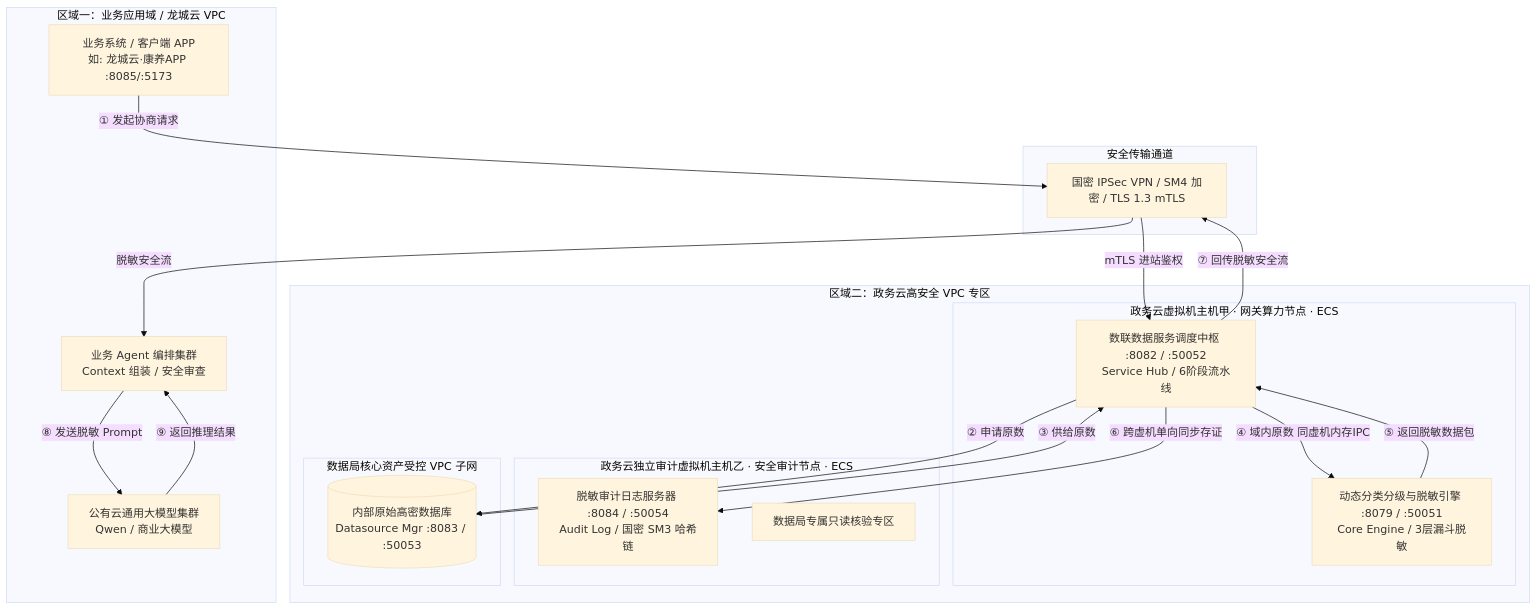
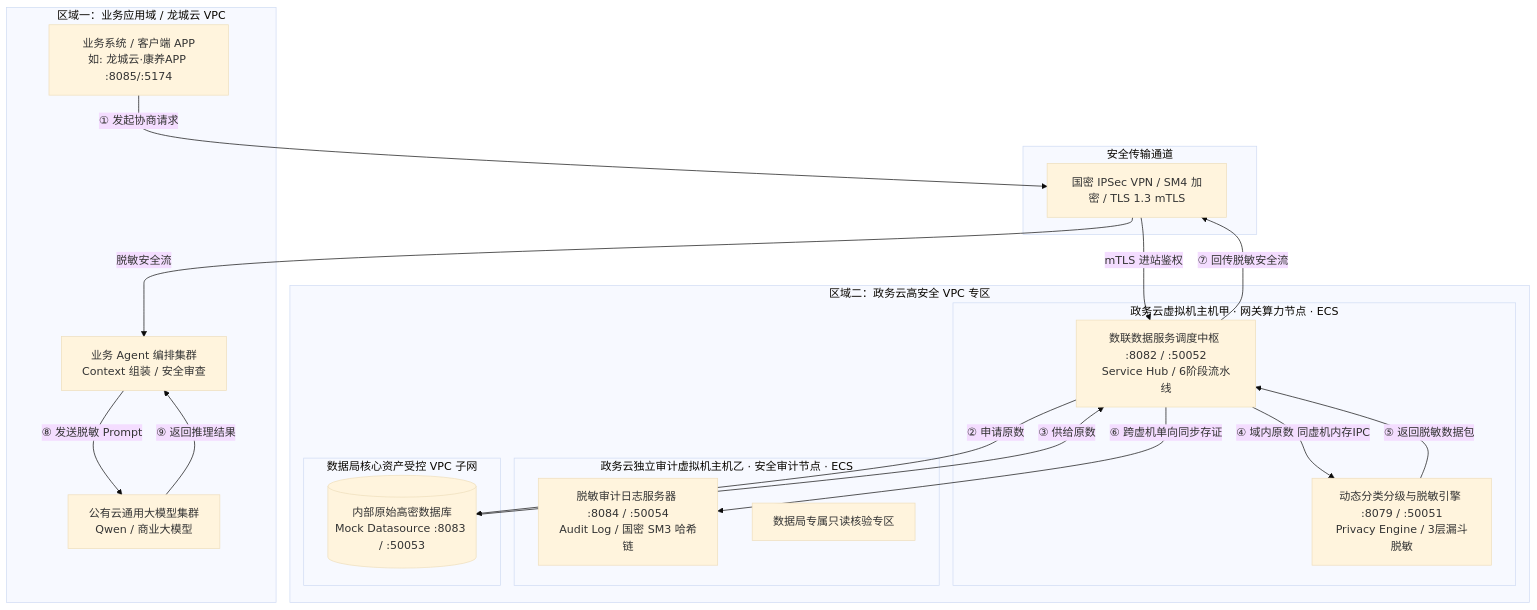
One commit to fengzhizi319/PrivShield-go changed the second of 4 diagrams in docs/architecture/architecture-design.md. Above: the diagram before and after it, drawn with Mermaid (base theme). The commit also changed other lines of this file and 10 other files, not shown here.

Commit message:
docs(architecture): align all architecture documents with v3.0 specification

````diff
--- a/docs/architecture/architecture-design.md
+++ b/docs/architecture/architecture-design.md
@@ -214,40 +204,40 @@
 ```mermaid
 graph TD
     subgraph ZoneA [区域一：业务应用域 / 龙城云 VPC]
-        AppLZ[业务系统 / 客户端 APP<br/>如: 龙城云·康养APP :8085/:5173]
+        AppLZ[业务系统 / 客户端 APP<br/>如: 龙城云·康养APP :8085/:5174]
         AgentLZ[业务 Agent 编排集群<br/>Context 组装 / 安全审查]
         ExtLLM[公有云通用大模型集群<br/>Qwen / 商业大模型]
     end
 
     subgraph ZoneVPN [安全传输通道]
         VPN[国密 IPSec VPN / SM4 加密 / TLS 1.3 mTLS]
     end
 
     subgraph ZoneB [区域二：政务云高安全 VPC 专区]
         subgraph Server1 [政务云虚拟机主机甲 · 网关算力节点 · ECS]
             Hub[数联数据服务调度中枢 :8082 / :50052<br/>Service Hub / 6阶段流水线]
-            Engine[动态分类分级与脱敏引擎 :8079 / :50051<br/>Core Engine / 3层漏斗脱敏]
+            Engine[动态分类分级与脱敏引擎 :8079 / :50051<br/>Privacy Engine / 3层漏斗脱敏]
         end
 
         subgraph Server2 [政务云独立审计虚拟机主机乙 · 安全审计节点 · ECS]
             Audit[脱敏审计日志服务器 :8084 / :50054<br/>Audit Log / 国密 SM3 哈希链]
             AuditUI[数据局专属只读核验专区]
         end
 
         subgraph BureauDB [数据局核心资产受控 VPC 子网]
-            DB[(内部原始高密数据库<br/>Datasource Mgr :8083 / :50053)]
+            DB[(内部原始高密数据库<br/>Mock Datasource :8083 / :50053)]
         end
     end
 
     AppLZ -->|① 发起协商请求| VPN
     VPN -->|mTLS 进站鉴权| Hub
     Hub -->|② 申请原数| DB
     DB -->|③ 供给原数| Hub
     Hub -->|④ 域内原数 同虚机内存IPC| Engine
     Engine -->|⑤ 返回脱敏数据包| Hub
     Hub -->|⑥ 跨虚机单向同步存证| Audit
     Hub -->|⑦ 回传脱敏安全流| VPN
     VPN -->|脱敏安全流| AgentLZ
     AgentLZ -->|⑧ 发送脱敏 Prompt| ExtLLM
     ExtLLM -->|⑨ 返回推理结果| AgentLZ
 ```
````
